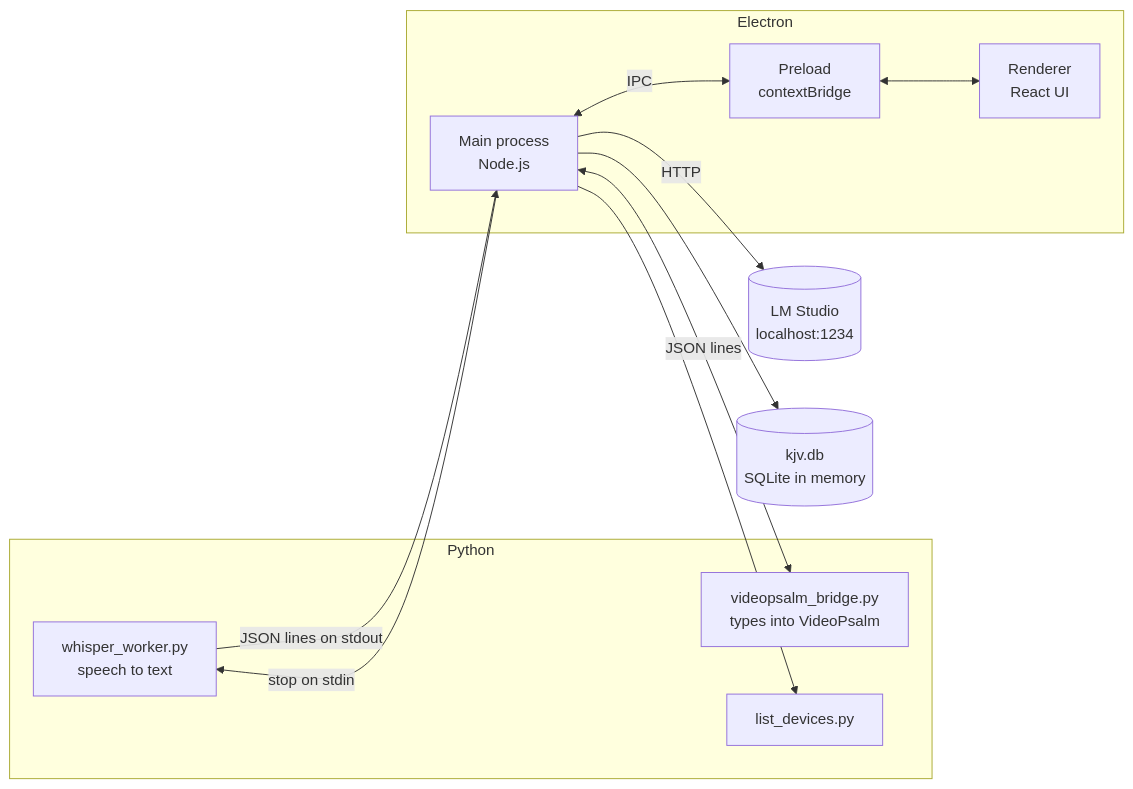
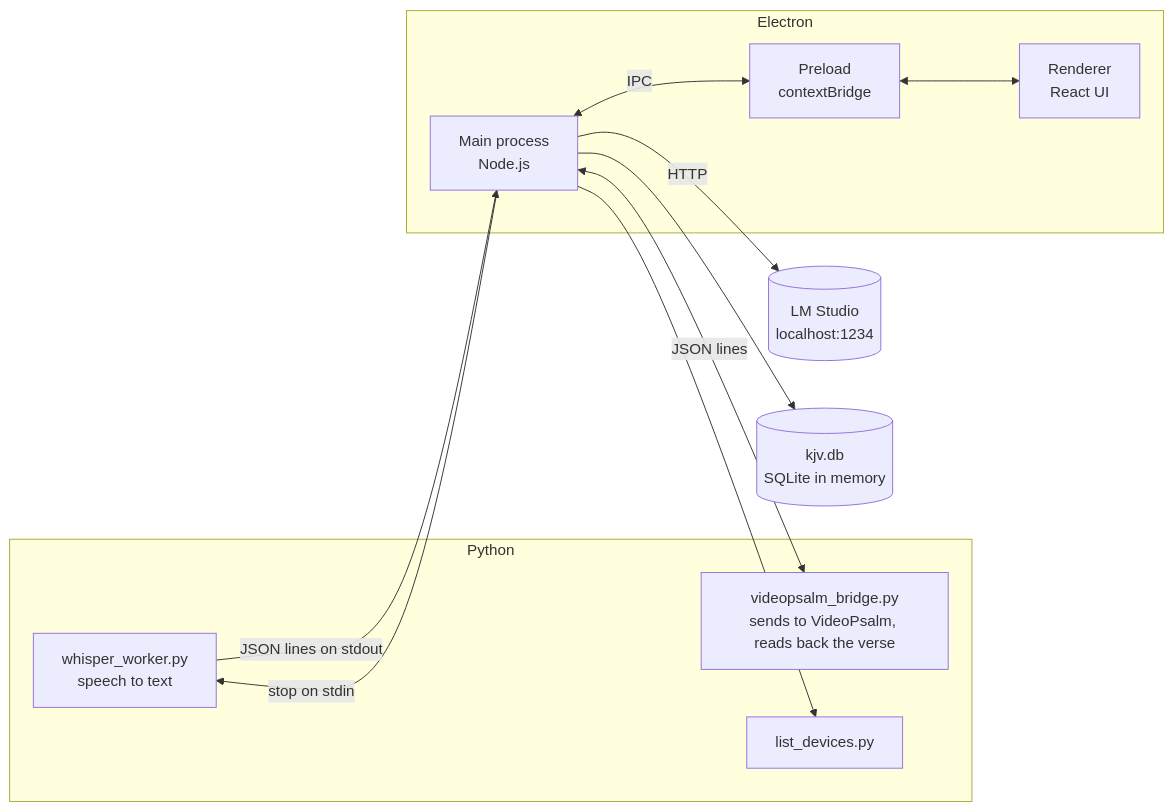
The diagram in docs/architecture.md (Chimwemwe-127001/scripture-app), drawn with Mermaid before and after one commit. The commit also changed other lines of this file and 2 other files, not shown here.

````diff
--- a/docs/architecture.md
+++ b/docs/architecture.md
@@ -19,23 +19,23 @@
 ```mermaid
 flowchart LR
     subgraph Python
       W[whisper_worker.py<br/>speech to text]
-      VP[videopsalm_bridge.py<br/>types into VideoPsalm]
+      VP[videopsalm_bridge.py<br/>sends to VideoPsalm, reads back the verse]
       LD[list_devices.py]
     end
     subgraph Electron
       M[Main process<br/>Node.js]
       P[Preload<br/>contextBridge]
       R[Renderer<br/>React UI]
     end
     LMS[(LM Studio<br/>localhost:1234)]
     DB[(kjv.db<br/>SQLite in memory)]
 
     W -- JSON lines on stdout --> M
     M -- "stop" on stdin --> W
     M <-- JSON lines --> VP
     M --> LD
     M -- HTTP --> LMS
     M --> DB
     M <-- IPC --> P <--> R
 ```
````
